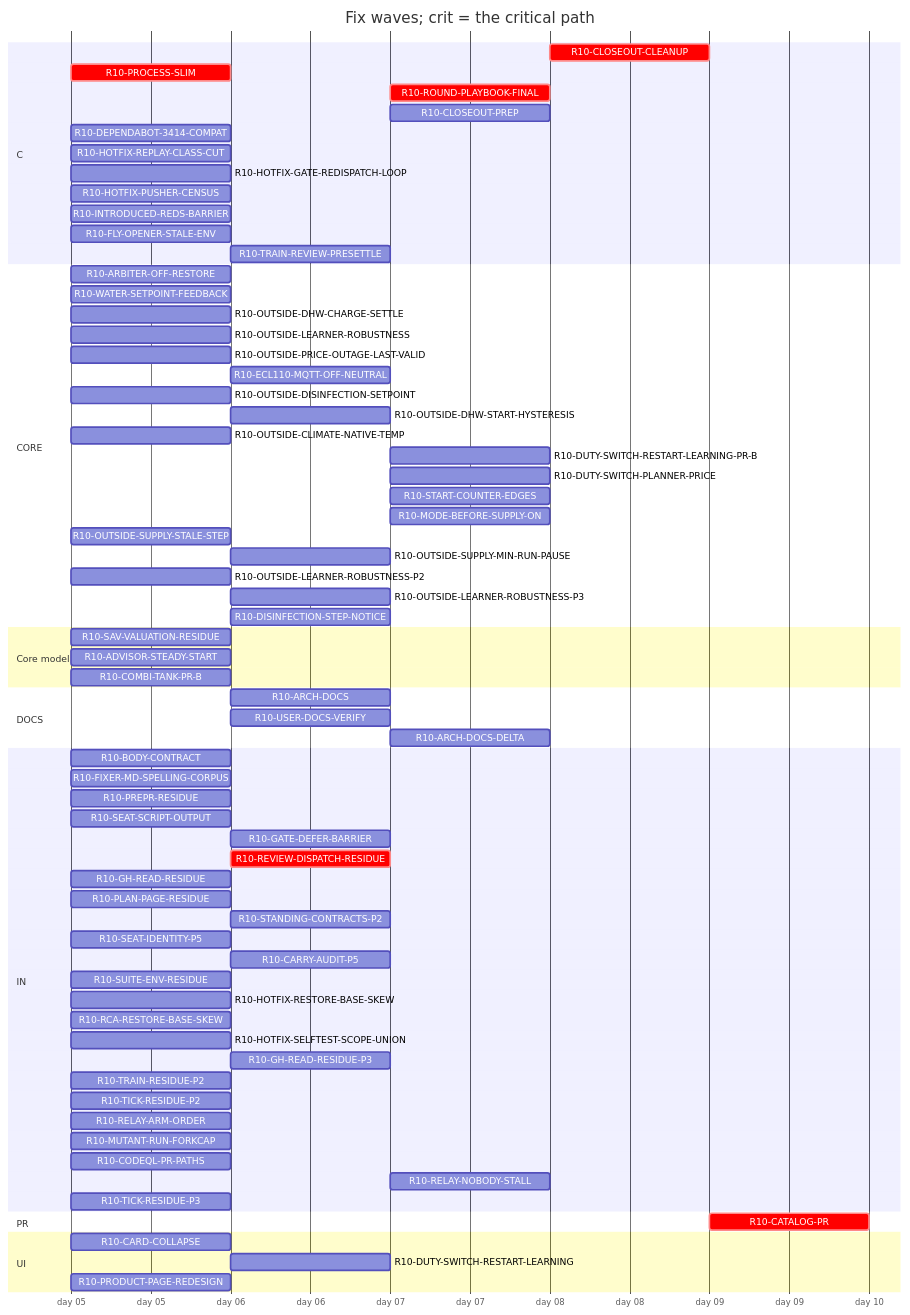
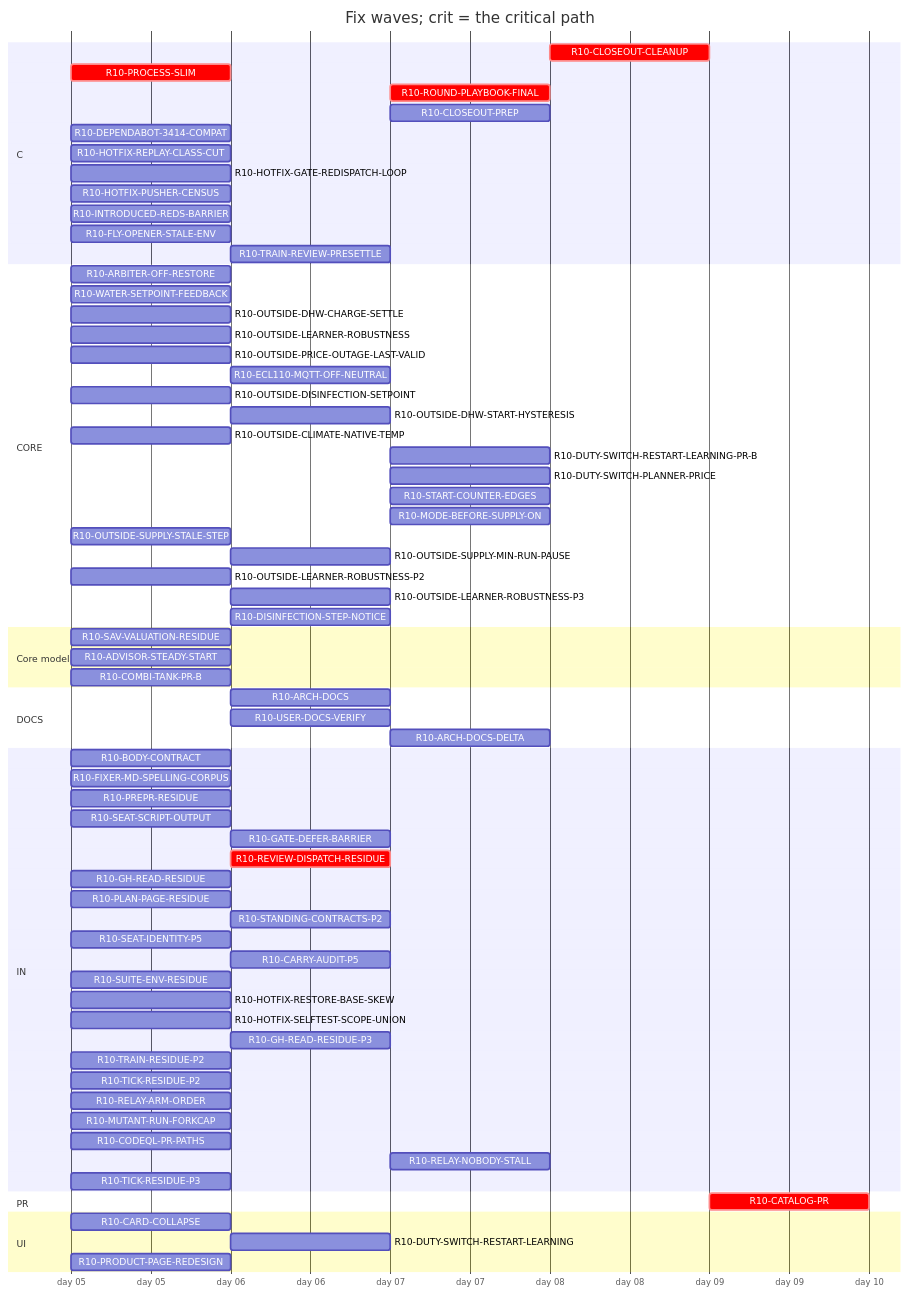
One commit to tvofi/heatpump_optimizer changed the diagram in handoff/round10/state/PLAN-TABLE.md. Above: the diagram before and after it, drawn with Mermaid. The commit also changed other lines of this file and 3 other files, not shown here.

Commit message:
state: FLOW-BOARD.md, NEXT-SESSION-PROMPT.md, PLAN-TABLE.md, RESUME-CURRENT.md regenerated (state_docs.py)

````diff
--- a/handoff/round10/state/PLAN-TABLE.md
+++ b/handoff/round10/state/PLAN-TABLE.md
@@ -20,75 +20,74 @@
 ```mermaid
 gantt
   title Fix waves; crit = the critical path
   dateFormat YYYY-MM-DD
   axisFormat day %d
   section C
     R10-CLOSEOUT-CLEANUP :crit, r10CLOSEOUTCLEANUP, after r10ARCHDOCS r10USERDOCSVERIFY r10ROUNDPLAYBOOKFINAL r10CLOSEOUTPREP r10ARCHDOCSDELTA, 1d
     R10-PROCESS-SLIM :crit, r10PROCESSSLIM, 2026-01-05, 1d
     R10-ROUND-PLAYBOOK-FINAL :crit, r10ROUNDPLAYBOOKFINAL, after r10BODYCONTRACT r10PROCESSSLIM r10FIXERMDSPELLINGCORPUS r10PREPRRESIDUE r10SEATSCRIPTOUTPUT r10REVIEWDISPATCHRESIDUE r10CARRYAUDITP5 r10SEATIDENTITYP5 r10STANDINGCONTRACTSP2 r10PLANPAGERESIDUE r10GHREADRESIDUE r10SUITEENVRESIDUE r10GATEDEFERBARRIER, 1d
     R10-CLOSEOUT-PREP :r10CLOSEOUTPREP, after r10ARCHDOCS r10BODYCONTRACT r10PROCESSSLIM r10FIXERMDSPELLINGCORPUS r10PREPRRESIDUE r10SEATSCRIPTOUTPUT r10REVIEWDISPATCHRESIDUE r10CARRYAUDITP5 r10SEATIDENTITYP5 r10STANDINGCONTRACTSP2 r10PLANPAGERESIDUE r10GHREADRESIDUE r10SUITEENVRESIDUE r10GATEDEFERBARRIER, 1d
     R10-DEPENDABOT-3414-COMPAT :r10DEPENDABOT3414COMPAT, 2026-01-05, 1d
     R10-HOTFIX-REPLAY-CLASS-CUT :r10HOTFIXREPLAYCLASSCUT, 2026-01-05, 1d
     R10-HOTFIX-GATE-REDISPATCH-LOOP :r10HOTFIXGATEREDISPATCHLOOP, 2026-01-05, 1d
     R10-HOTFIX-PUSHER-CENSUS :r10HOTFIXPUSHERCENSUS, 2026-01-05, 1d
     R10-INTRODUCED-REDS-BARRIER :r10INTRODUCEDREDSBARRIER, 2026-01-05, 1d
     R10-FLY-OPENER-STALE-ENV :r10FLYOPENERSTALEENV, 2026-01-05, 1d
     R10-TRAIN-REVIEW-PRESETTLE :r10TRAINREVIEWPRESETTLE, after r10TRAINRESIDUEP2, 1d
   section CORE
     R10-ARBITER-OFF-RESTORE :r10ARBITEROFFRESTORE, 2026-01-05, 1d
     R10-WATER-SETPOINT-FEEDBACK :r10WATERSETPOINTFEEDBACK, 2026-01-05, 1d
     R10-OUTSIDE-DHW-CHARGE-SETTLE :r10OUTSIDEDHWCHARGESETTLE, 2026-01-05, 1d
     R10-OUTSIDE-LEARNER-ROBUSTNESS :r10OUTSIDELEARNERROBUSTNESS, 2026-01-05, 1d
     R10-OUTSIDE-PRICE-OUTAGE-LAST-VALID :r10OUTSIDEPRICEOUTAGELASTVALID, 2026-01-05, 1d
     R10-ECL110-MQTT-OFF-NEUTRAL :r10ECL110MQTTOFFNEUTRAL, after r10ARBITEROFFRESTORE, 1d
     R10-OUTSIDE-DISINFECTION-SETPOINT :r10OUTSIDEDISINFECTIONSETPOINT, 2026-01-05, 1d
     R10-OUTSIDE-DHW-START-HYSTERESIS :r10OUTSIDEDHWSTARTHYSTERESIS, after r10OUTSIDEDISINFECTIONSETPOINT, 1d
     R10-OUTSIDE-CLIMATE-NATIVE-TEMP :r10OUTSIDECLIMATENATIVETEMP, 2026-01-05, 1d
     R10-DUTY-SWITCH-RESTART-LEARNING-PR-B :r10DUTYSWITCHRESTARTLEARNINGPRB, after r10DUTYSWITCHRESTARTLEARNING, 1d
     R10-DUTY-SWITCH-PLANNER-PRICE :r10DUTYSWITCHPLANNERPRICE, after r10DUTYSWITCHRESTARTLEARNING, 1d
     R10-START-COUNTER-EDGES :r10STARTCOUNTEREDGES, after r10DUTYSWITCHRESTARTLEARNING, 1d
     R10-MODE-BEFORE-SUPPLY-ON :r10MODEBEFORESUPPLYON, after r10DUTYSWITCHRESTARTLEARNING, 1d
     R10-OUTSIDE-SUPPLY-STALE-STEP :r10OUTSIDESUPPLYSTALESTEP, 2026-01-05, 1d
     R10-OUTSIDE-SUPPLY-MIN-RUN-PAUSE :r10OUTSIDESUPPLYMINRUNPAUSE, after r10OUTSIDESUPPLYSTALESTEP, 1d
     R10-OUTSIDE-LEARNER-ROBUSTNESS-P2 :r10OUTSIDELEARNERROBUSTNESSP2, 2026-01-05, 1d
     R10-OUTSIDE-LEARNER-ROBUSTNESS-P3 :r10OUTSIDELEARNERROBUSTNESSP3, after r10OUTSIDELEARNERROBUSTNESS r10OUTSIDELEARNERROBUSTNESSP2, 1d
     R10-DISINFECTION-STEP-NOTICE :r10DISINFECTIONSTEPNOTICE, after r10OUTSIDEDISINFECTIONSETPOINT, 1d
   section Core model
     R10-SAV-VALUATION-RESIDUE :r10SAVVALUATIONRESIDUE, 2026-01-05, 1d
     R10-ADVISOR-STEADY-START :r10ADVISORSTEADYSTART, 2026-01-05, 1d
     R10-COMBI-TANK-PR-B :r10COMBITANKPRB, 2026-01-05, 1d
   section DOCS
     R10-ARCH-DOCS :r10ARCHDOCS, after r10BODYCONTRACT r10PROCESSSLIM, 1d
     R10-USER-DOCS-VERIFY :r10USERDOCSVERIFY, after r10ARBITEROFFRESTORE r10PRODUCTPAGEREDESIGN, 1d
     R10-ARCH-DOCS-DELTA :r10ARCHDOCSDELTA, after r10ARCHDOCS r10ARBITEROFFRESTORE r10SAVVALUATIONRESIDUE r10ADVISORSTEADYSTART r10COMBITANKPRB, 1d
   section IN
     R10-BODY-CONTRACT :r10BODYCONTRACT, 2026-01-05, 1d
     R10-FIXER-MD-SPELLING-CORPUS :r10FIXERMDSPELLINGCORPUS, 2026-01-05, 1d
     R10-PREPR-RESIDUE :r10PREPRRESIDUE, 2026-01-05, 1d
     R10-SEAT-SCRIPT-OUTPUT :r10SEATSCRIPTOUTPUT, 2026-01-05, 1d
     R10-GATE-DEFER-BARRIER :r10GATEDEFERBARRIER, after r10HOTFIXGATEREDISPATCHLOOP, 1d
     R10-REVIEW-DISPATCH-RESIDUE :crit, r10REVIEWDISPATCHRESIDUE, after r10PROCESSSLIM, 1d
     R10-GH-READ-RESIDUE :r10GHREADRESIDUE, 2026-01-05, 1d
     R10-PLAN-PAGE-RESIDUE :r10PLANPAGERESIDUE, 2026-01-05, 1d
     R10-STANDING-CONTRACTS-P2 :r10STANDINGCONTRACTSP2, after r10FIXERMDSPELLINGCORPUS, 1d
     R10-SEAT-IDENTITY-P5 :r10SEATIDENTITYP5, 2026-01-05, 1d
     R10-CARRY-AUDIT-P5 :r10CARRYAUDITP5, after r10BODYCONTRACT, 1d
     R10-SUITE-ENV-RESIDUE :r10SUITEENVRESIDUE, 2026-01-05, 1d
     R10-HOTFIX-RESTORE-BASE-SKEW :r10HOTFIXRESTOREBASESKEW, 2026-01-05, 1d
-    R10-RCA-RESTORE-BASE-SKEW :r10RCARESTOREBASESKEW, 2026-01-05, 1d
     R10-HOTFIX-SELFTEST-SCOPE-UNION :r10HOTFIXSELFTESTSCOPEUNION, 2026-01-05, 1d
     R10-GH-READ-RESIDUE-P3 :r10GHREADRESIDUEP3, after r10GHREADRESIDUE, 1d
     R10-TRAIN-RESIDUE-P2 :r10TRAINRESIDUEP2, 2026-01-05, 1d
     R10-TICK-RESIDUE-P2 :r10TICKRESIDUEP2, 2026-01-05, 1d
     R10-RELAY-ARM-ORDER :r10RELAYARMORDER, 2026-01-05, 1d
     R10-MUTANT-RUN-FORKCAP :r10MUTANTRUNFORKCAP, 2026-01-05, 1d
     R10-CODEQL-PR-PATHS :r10CODEQLPRPATHS, 2026-01-05, 1d
     R10-RELAY-NOBODY-STALL :r10RELAYNOBODYSTALL, after r10RELAYARMORDER r10REVIEWDISPATCHRESIDUE, 1d
     R10-TICK-RESIDUE-P3 :r10TICKRESIDUEP3, 2026-01-05, 1d
   section PR
     R10-CATALOG-PR :crit, r10CATALOGPR, after r10USERDOCSVERIFY r10ARCHDOCS r10ROUNDPLAYBOOKFINAL r10CLOSEOUTCLEANUP r10CLOSEOUTPREP r10ARCHDOCSDELTA, 1d
   section UI
     R10-CARD-COLLAPSE :r10CARDCOLLAPSE, 2026-01-05, 1d
     R10-DUTY-SWITCH-RESTART-LEARNING :r10DUTYSWITCHRESTARTLEARNING, after r10WATERSETPOINTFEEDBACK, 1d
     R10-PRODUCT-PAGE-REDESIGN :r10PRODUCTPAGEREDESIGN, 2026-01-05, 1d
 ```
````
